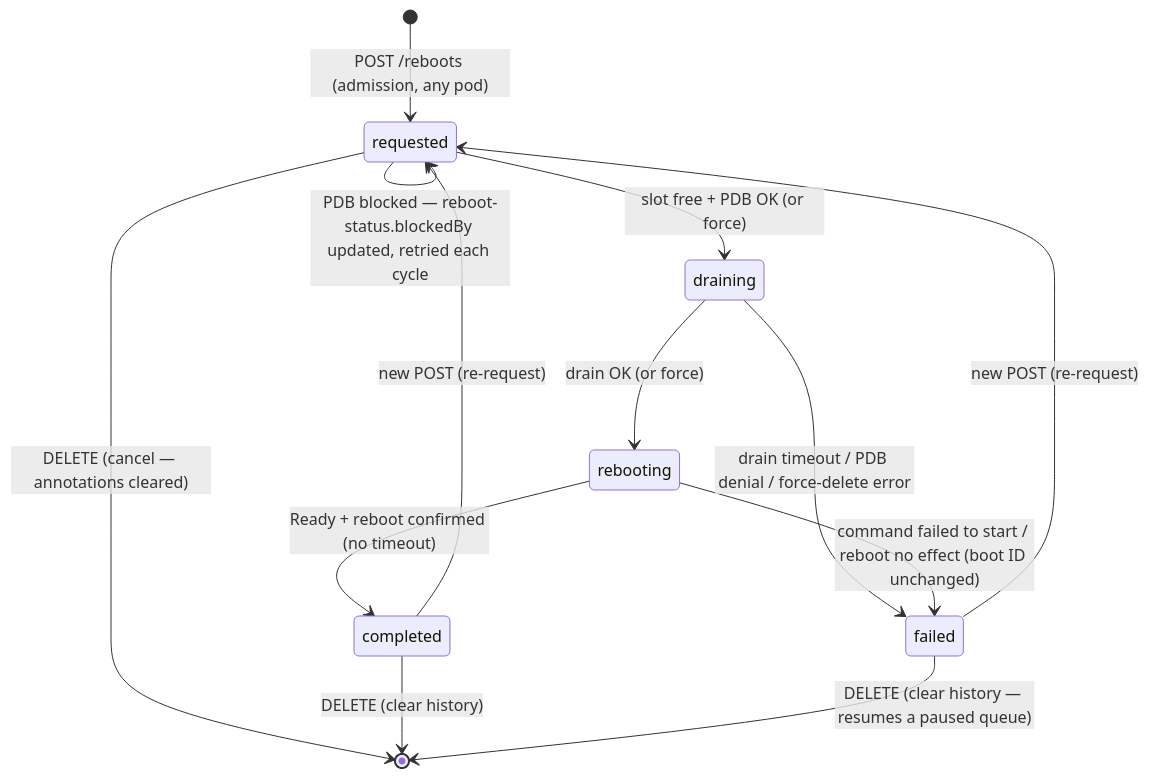
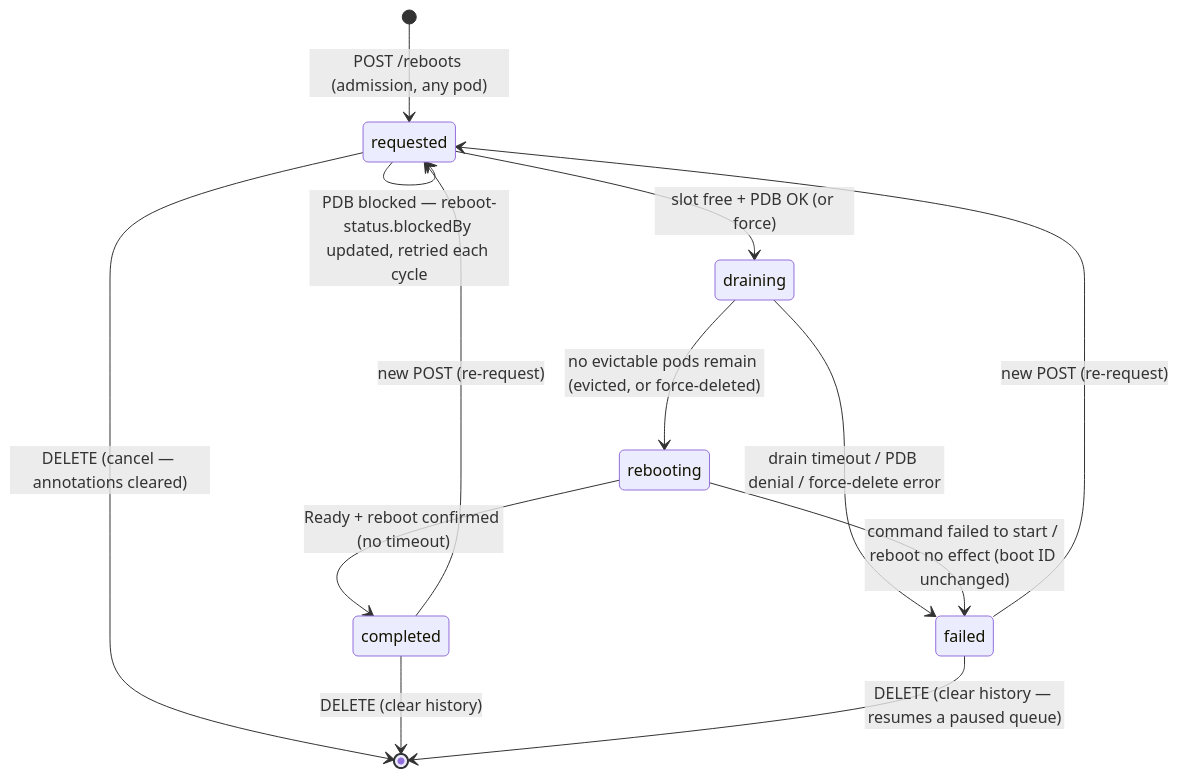
The diagram in PLAN.md (simplek8s/simplek8s-controller), drawn with Mermaid before and after one commit. The commit also changed other lines of this file, not shown here.

````diff
--- a/PLAN.md
+++ b/PLAN.md
@@ -314,15 +326,15 @@
 ```mermaid
 stateDiagram-v2
     [*] --> requested: POST /reboots (admission, any pod)
     requested --> requested: PDB blocked — reboot-status.blockedBy updated, retried each cycle
     requested --> draining: slot free + PDB OK (or force)
     requested --> [*]: DELETE (cancel — annotations cleared)
-    draining --> rebooting: drain OK (or force)
+    draining --> rebooting: no evictable pods remain (evicted, or force-deleted)
     draining --> failed: drain timeout / PDB denial / force-delete error
     rebooting --> failed: command failed to start / reboot no effect (boot ID unchanged)
     rebooting --> completed: Ready + reboot confirmed (no timeout)
     completed --> [*]: DELETE (clear history)
     failed --> [*]: DELETE (clear history — resumes a paused queue)
     completed --> requested: new POST (re-request)
     failed --> requested: new POST (re-request)
 ```
````
